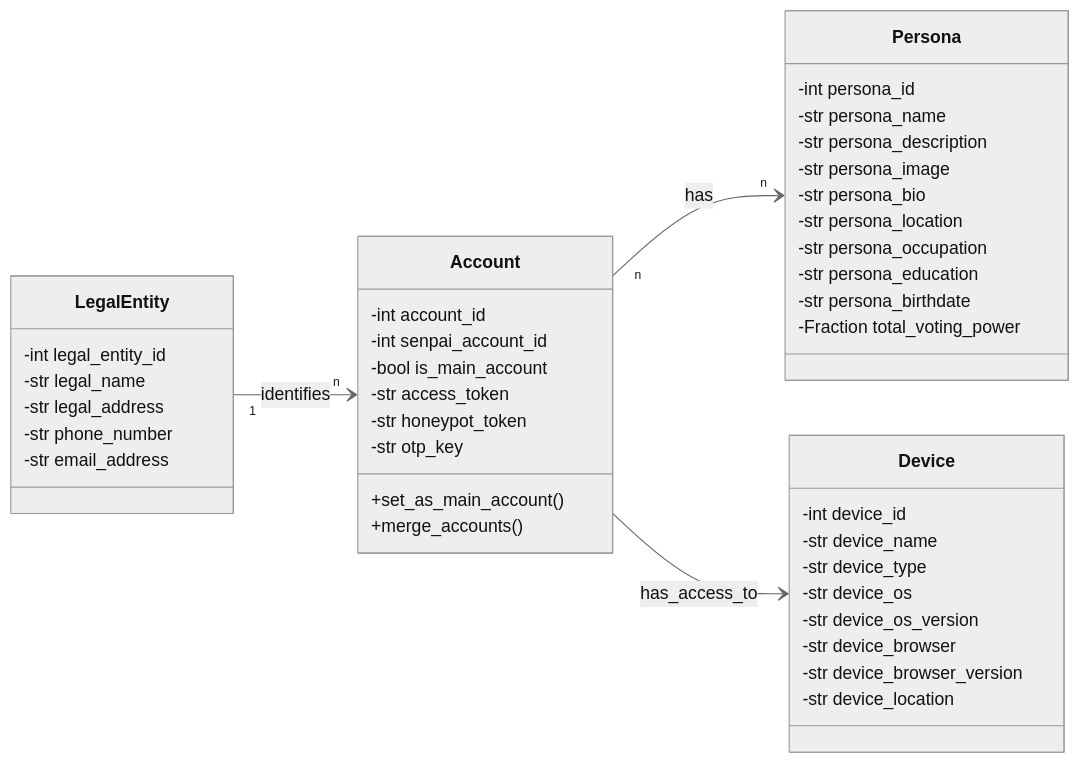
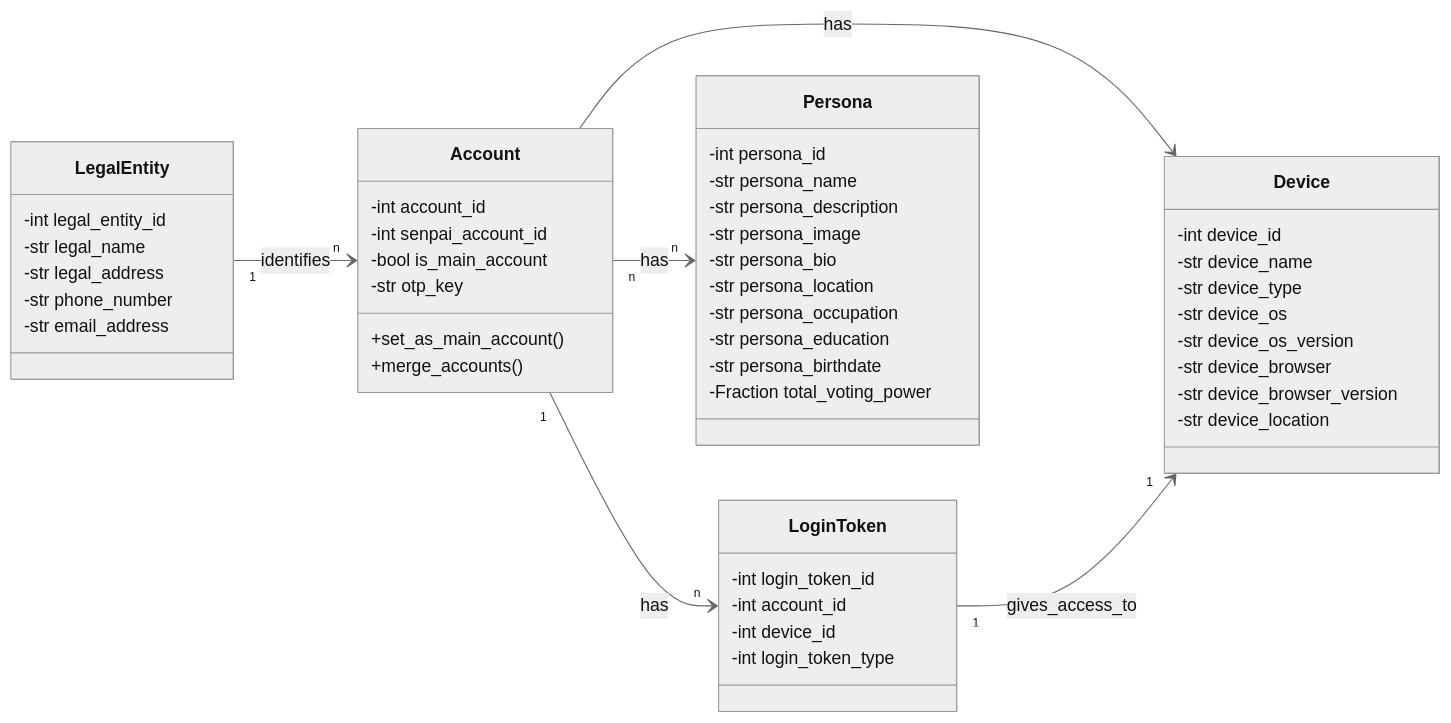
One commit to TetraPlex-org/central changed the first of 2 diagrams in Documentation/technical/voting.md. Above: the diagram before and after it, drawn with Mermaid (neutral theme). The commit also changed 2 other files, not shown here.

Commit message:
docs(model): veil & voting

````diff
--- a/Documentation/technical/voting.md
+++ b/Documentation/technical/voting.md
@@ -16,56 +16,62 @@
 ```mermaid
 classDiagram
 direction LR
     class LegalEntity{
         -int legal_entity_id
         -str legal_name
         -str legal_address
         -str phone_number
         -str email_address
     }
 
-
     class Account{
         -int account_id
         %% senpai is the account that introduced this account to the system
         -int senpai_account_id
         -bool is_main_account
-        %% jwt token, used to login, simplest form of authentication, can't be used to access personal data
-        -str access_token
-        %% jwt token to derive fake access tokens to identify security leaks
-        -str honeypot_token
         %% token used by OTP (one time password) apps like google authenticator for two-factor authentication (or how does this work?)
         -str otp_key
 
         +set_as_main_account()
         +merge_accounts()
+    }
+
+    class LoginToken{
+        -int login_token_id
+        -int account_id
+        -int device_id
+        %% honeypot, regular account, bot account, etc.
+        -int login_token_type
+
     }
 
     class Device{
         -int device_id
         -str device_name
         -str device_type
         -str device_os
         -str device_os_version
         -str device_browser
         -str device_browser_version
         -str device_location
     }
 
     class Persona{
         -int persona_id
         -str persona_name
         -str persona_description
         -str persona_image
         -str persona_bio
         -str persona_location
         -str persona_occupation
         -str persona_education
         -str persona_birthdate
         -Fraction total_voting_power
     }
 
     Account "n" --> "n" Persona : has
     LegalEntity "1" --> "n" Account : identifies
-    Account --> Device: has_access_to
+    Account --> Device: has
+    Account "1" --> "n" LoginToken: has
+    LoginToken "1" --> "1" Device: gives_access_to
 ```
````
